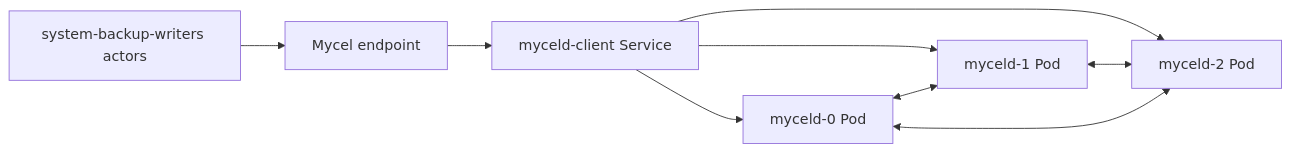
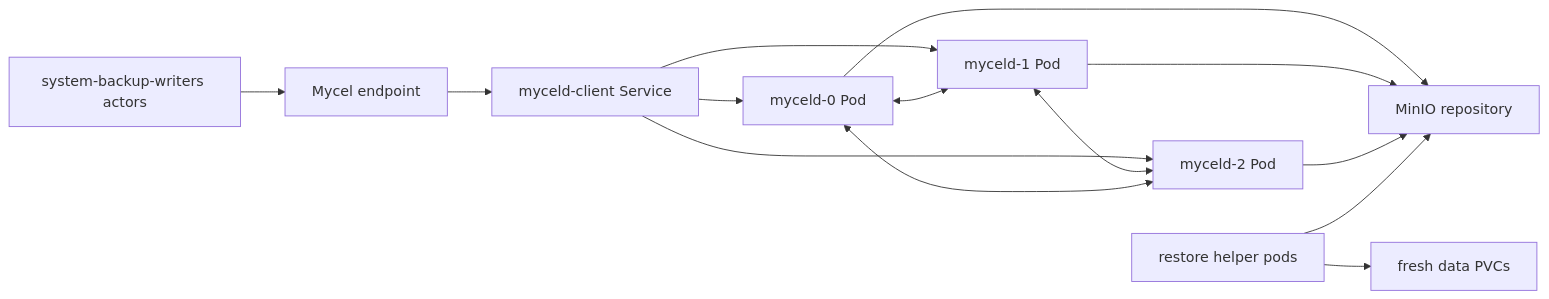
The diagram in tests/reliability/scenarios/k3d-system-backup-restore/k3d-system-backup-restore.md (MycelDB/mycel-lab), drawn with Mermaid before and after one commit. The commit also changed other lines of this file and 17 other files, not shown here.

````diff
--- a/tests/reliability/scenarios/k3d-system-backup-restore/k3d-system-backup-restore.md
+++ b/tests/reliability/scenarios/k3d-system-backup-restore/k3d-system-backup-restore.md
@@ -16,11 +17,16 @@
 ```mermaid
 flowchart LR
   actor0["system-backup-writers actors"] --> entry["Mycel endpoint"]
   entry --> svc["myceld-client Service"]
   svc --> pod0["myceld-0 Pod"]
   svc --> pod1["myceld-1 Pod"]
   svc --> pod2["myceld-2 Pod"]
   pod0 <--> pod1
   pod1 <--> pod2
   pod0 <--> pod2
+  pod0 --> minio["MinIO repository"]
+  pod1 --> minio
+  pod2 --> minio
+  helper["restore helper pods"] --> minio
+  helper --> pvc["fresh data PVCs"]
 ```
````
